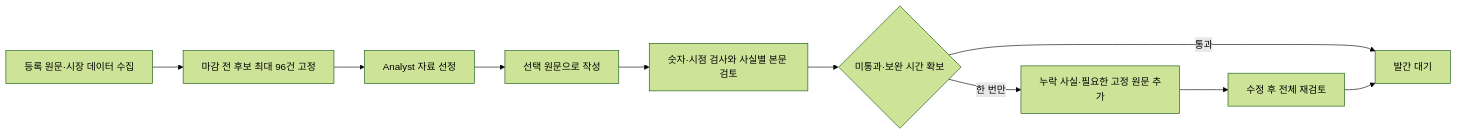
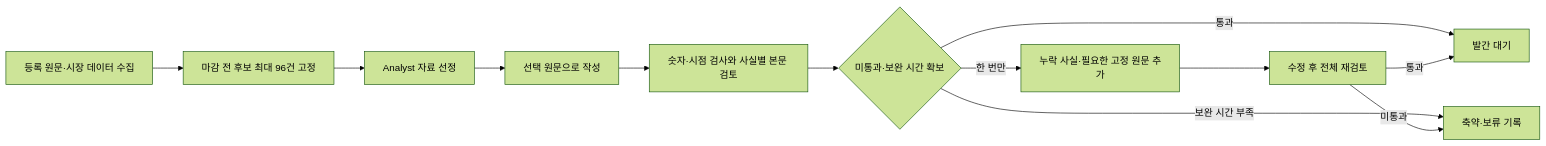
One commit to JJongAchii/quant-ai-company changed the diagram in docs/project/ANALYST-PIPELINE-20260929.md. Above: the diagram before and after it, drawn with Mermaid (forest theme). The commit also changed other lines of this file and 45 other files, not shown here.

````diff
--- a/docs/project/ANALYST-PIPELINE-20260929.md
+++ b/docs/project/ANALYST-PIPELINE-20260929.md
@@ -26,12 +30,14 @@
 ```mermaid
 flowchart LR
   A[등록 원문·시장 데이터 수집] --> B[마감 전 후보 최대 96건 고정]
   B --> C[Analyst 자료 선정]
   C --> D[선택 원문으로 작성]
   D --> E[숫자·시점 검사와 사실별 본문 검토]
   E --> F{미통과·보완 시간 확보}
   F -->|한 번만| G[누락 사실·필요한 고정 원문 추가]
   G --> H[수정 후 전체 재검토]
   F -->|통과| I[발간 대기]
-  H --> I
+  H -->|통과| I
+  F -->|보완 시간 부족| J[축약·보류 기록]
+  H -->|미통과| J
 ```
````
